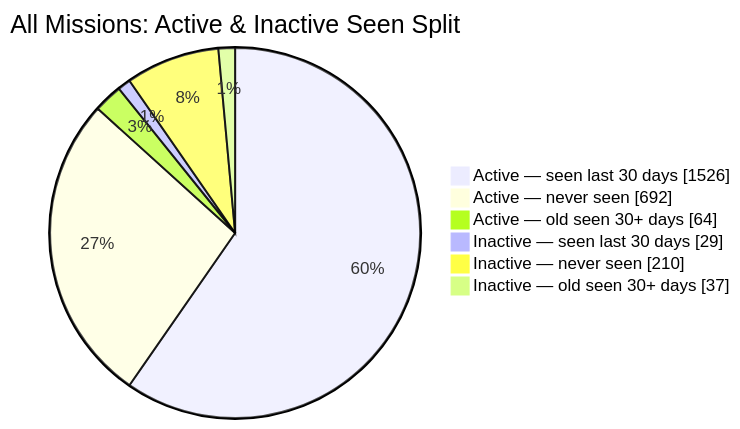
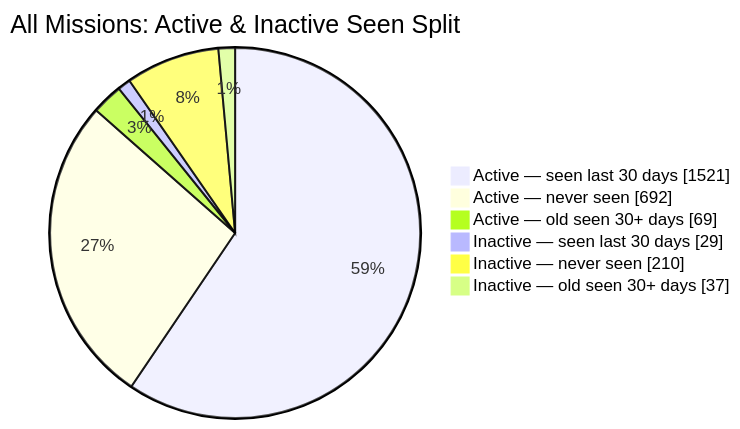
One commit to MeldkamerspelGameTeam/active-missions changed the second of 2 diagrams in README.md. Above: the diagram before and after it, drawn with Mermaid. The commit also changed other lines of this file and 2 other files, not shown here.

````diff
--- a/README.md
+++ b/README.md
@@ -44,10 +44,10 @@
 ```mermaid
 pie showData
     title All Missions: Active & Inactive Seen Split
-    "Active — seen last 30 days" : 1526
+    "Active — seen last 30 days" : 1521
     "Active — never seen" : 692
-    "Active — old seen 30+ days" : 64
+    "Active — old seen 30+ days" : 69
     "Inactive — seen last 30 days" : 29
     "Inactive — never seen" : 210
     "Inactive — old seen 30+ days" : 37
 ```
````
